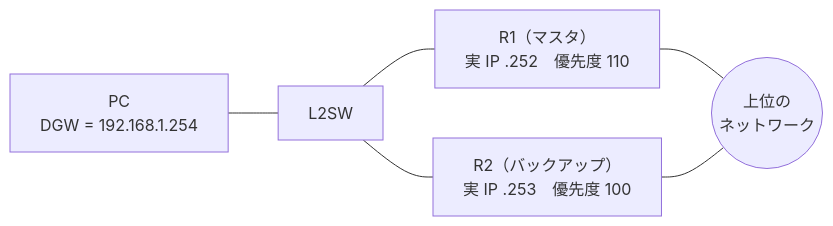
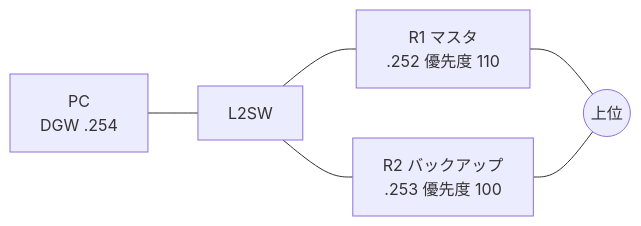
One commit to nnnaanaa/document changed the first of 3 diagrams in network/redundancy/vrrp.md. Above: the diagram before and after it, drawn with Mermaid. The commit also changed other lines of this file and 2 other files, not shown here.

Commit message:
IPsec・VRRP・マルチキャスト暗記シートの図の横幅を詰める

````diff
--- a/network/redundancy/vrrp.md
+++ b/network/redundancy/vrrp.md
@@ -14,8 +14,8 @@
 ```mermaid
 flowchart LR
-  PC["PC<br>DGW = 192.168.1.254"] --- SW["L2SW"]
-  SW --- R1["R1（マスタ）<br>実 IP .252　優先度 110"]
-  SW --- R2["R2（バックアップ）<br>実 IP .253　優先度 100"]
-  R1 --- UP(("上位の<br>ネットワーク"))
+  PC["PC<br>DGW .254"] --- SW["L2SW"]
+  SW --- R1["R1 マスタ<br>.252 優先度 110"]
+  SW --- R2["R2 バックアップ<br>.253 優先度 100"]
+  R1 --- UP(("上位"))
   R2 --- UP
 ```
````
